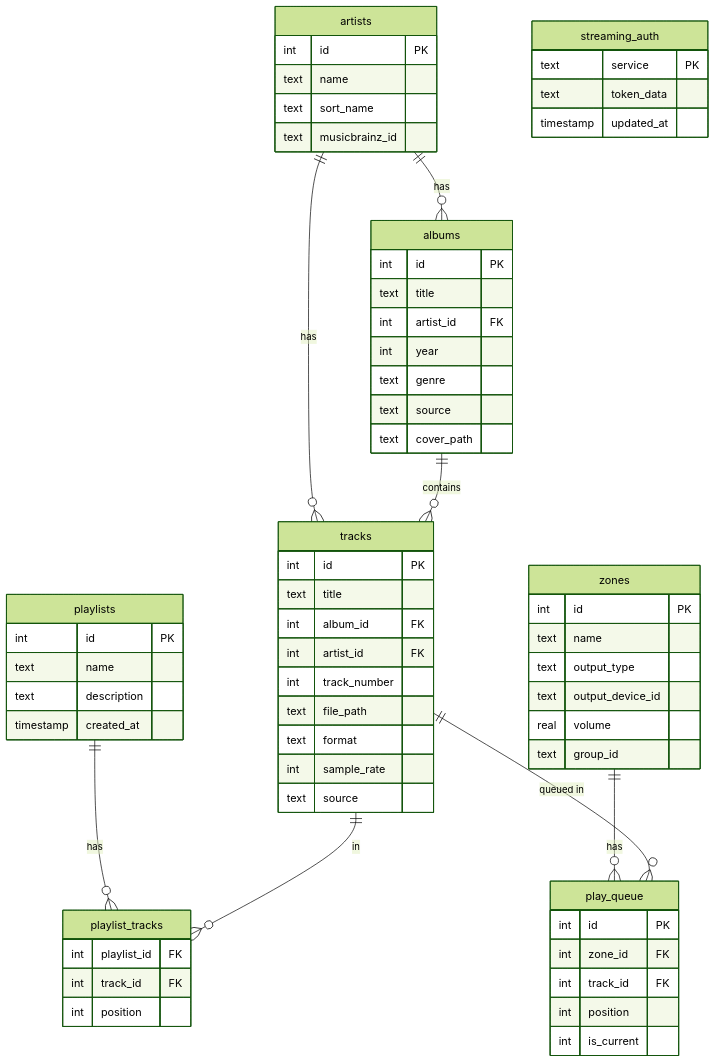
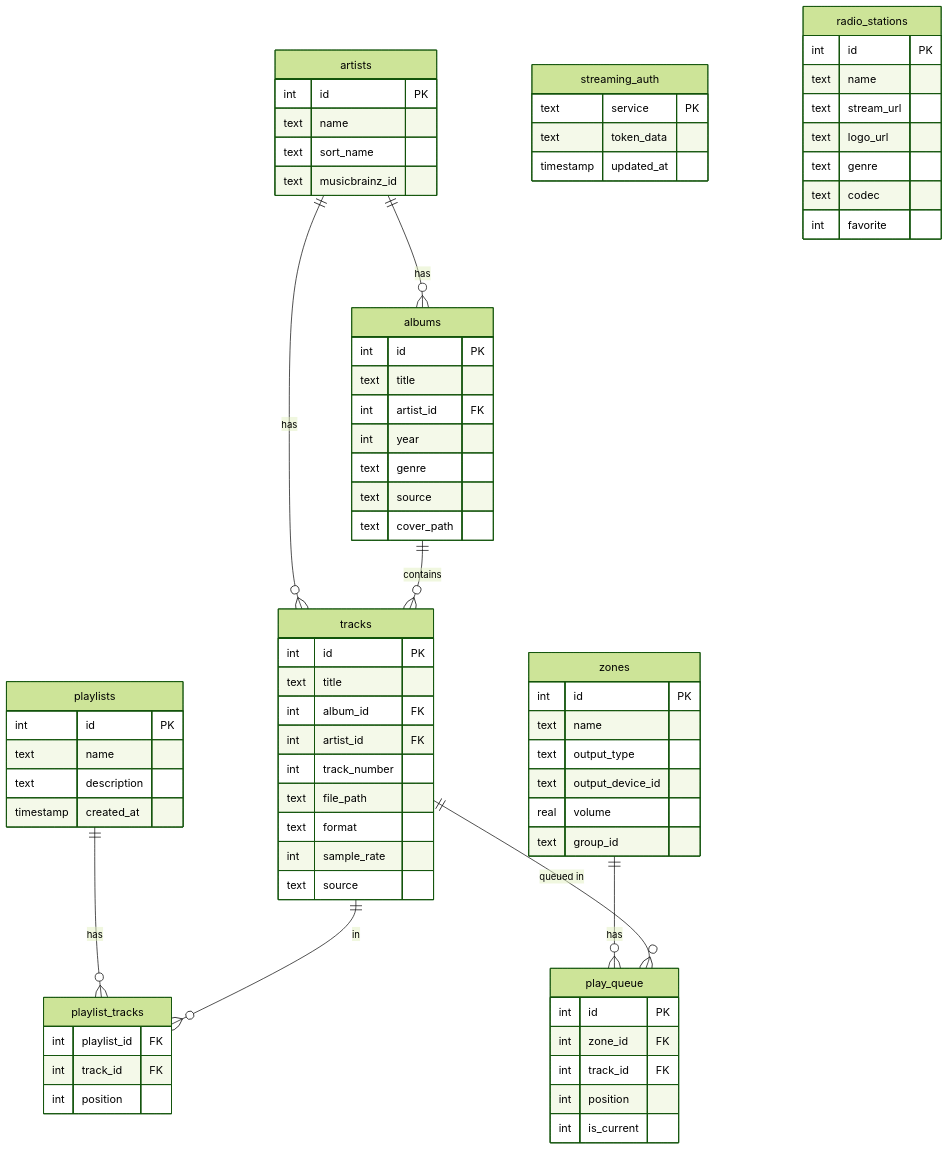
The first of 2 diagrams in docs/database.md (renesenses/tune-server-linux), drawn with Mermaid (forest theme) before and after one commit. The commit also changed other lines of this file and 5 other files, not shown here.

````diff
--- a/docs/database.md
+++ b/docs/database.md
@@ -16,68 +16,77 @@
 ```mermaid
 erDiagram
     artists ||--o{ albums : "has"
     artists ||--o{ tracks : "has"
     albums ||--o{ tracks : "contains"
     playlists ||--o{ playlist_tracks : "has"
     tracks ||--o{ playlist_tracks : "in"
     zones ||--o{ play_queue : "has"
     tracks ||--o{ play_queue : "queued in"
 
     artists {
         int id PK
         text name
         text sort_name
         text musicbrainz_id
     }
     albums {
         int id PK
         text title
         int artist_id FK
         int year
         text genre
         text source
         text cover_path
     }
     tracks {
         int id PK
         text title
         int album_id FK
         int artist_id FK
         int track_number
         text file_path
         text format
         int sample_rate
         text source
     }
     playlists {
         int id PK
         text name
         text description
         timestamp created_at
     }
     playlist_tracks {
         int playlist_id FK
         int track_id FK
         int position
     }
     zones {
         int id PK
         text name
         text output_type
         text output_device_id
         real volume
         text group_id
     }
     play_queue {
         int id PK
         int zone_id FK
         int track_id FK
         int position
         int is_current
     }
     streaming_auth {
         text service PK
         text token_data
         timestamp updated_at
     }
+    radio_stations {
+        int id PK
+        text name
+        text stream_url
+        text logo_url
+        text genre
+        text codec
+        int favorite
+    }
 ```
````
